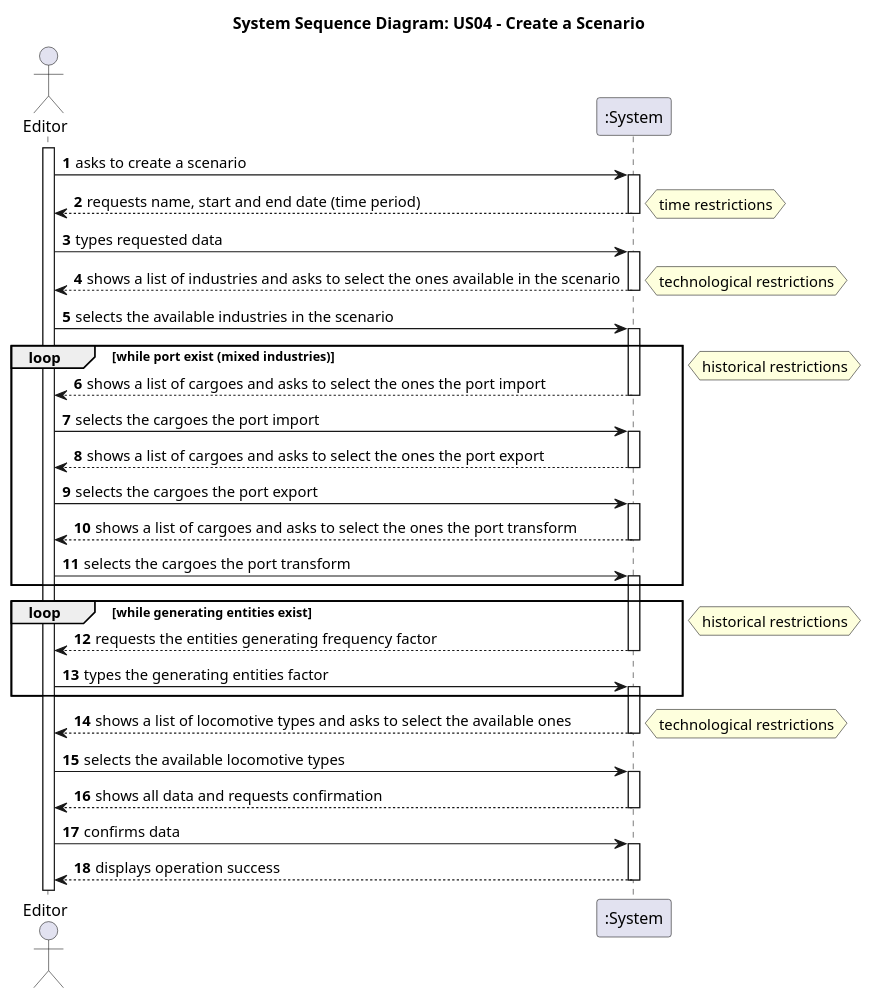
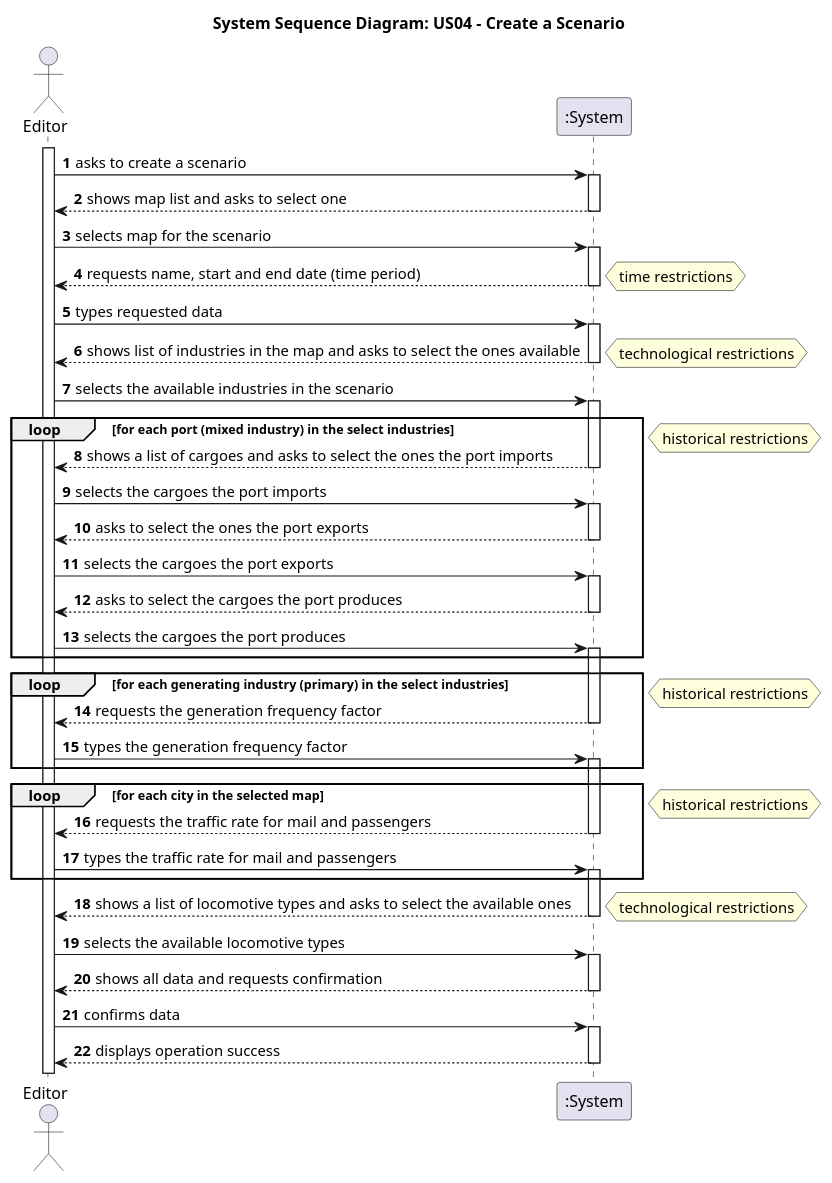
One commit to HenriqueSilva18/Railway-Network-Simulator changed the diagram in docs/system-documentation/Sprint 2/US04/01.requirements-engineering/puml/US04-SSD.puml. Above: the diagram before and after it, drawn with PlantUML. The commit also changed 4 other files, not shown here.

```diff
--- a/docs/system-documentation/Sprint 2/US04/01.requirements-engineering/puml/US04-SSD.puml
+++ b/docs/system-documentation/Sprint 2/US04/01.requirements-engineering/puml/US04-SSD.puml
@@ -1,93 +1,109 @@
 @startuml
 skinparam packageStyle rectangle
 skinparam shadowing false
 
 autonumber
 
 title System Sequence Diagram: US04 - Create a Scenario
 
 actor "Editor" as Editor
 participant ":System" as System
 
 activate Editor
 
     Editor -> System : asks to create a scenario
     activate System
 
+        System --> Editor : shows map list and asks to select one
+    deactivate System
+
+    Editor -> System : selects map for the scenario
+    activate System
+
         System --> Editor : requests name, start and end date (time period)
     deactivate System
 
         hnote right
             time restrictions
         end note
 
     Editor -> System : types requested data
     activate System
 
-        System --> Editor : shows a list of industries and asks to select the ones available in the scenario
+        System --> Editor : shows list of industries in the map and asks to select the ones available
     deactivate System
 
             hnote right
                 technological restrictions
             end note
 
     Editor -> System : selects the available industries in the scenario
     activate System
 
-
-    loop while port exist (mixed industries)
-            System --> Editor : shows a list of cargoes and asks to select the ones the port import
+    loop for each port (mixed industry) in the select industries
+            System --> Editor : shows a list of cargoes and asks to select the ones the port imports
         deactivate System
 
-        Editor -> System : selects the cargoes the port import
+        Editor -> System : selects the cargoes the port imports
         activate System
 
-            System --> Editor : shows a list of cargoes and asks to select the ones the port export
+            System --> Editor : asks to select the ones the port exports
         deactivate System
 
-            Editor -> System : selects the cargoes the port export
-            activate System
+        Editor -> System : selects the cargoes the port exports
+        activate System
 
-            System --> Editor : shows a list of cargoes and asks to select the ones the port transform
+            System --> Editor : asks to select the cargoes the port produces
         deactivate System
 
-            Editor -> System : selects the cargoes the port transform
+            Editor -> System : selects the cargoes the port produces
             activate System
     end
 
     hnote right
         historical restrictions
     end note
 
-    loop while generating entities exist
-            System --> Editor : requests the entities generating frequency factor
+    loop for each generating industry (primary) in the select industries
+
+            System --> Editor : requests the generation frequency factor
         deactivate System
 
-        Editor -> System : types the generating entities factor
+        Editor -> System : types the generation frequency factor
         activate System
     end
+    hnote right
+        historical restrictions
+    end note
 
+    loop for each city in the selected map
+            System --> Editor : requests the traffic rate for mail and passengers
+        deactivate System
+
+        Editor -> System : types the traffic rate for mail and passengers
+        activate System
+    end
     hnote right
         historical restrictions
     end note
 
             System --> Editor : shows a list of locomotive types and asks to select the available ones
         deactivate System
 
             hnote right
                 technological restrictions
             end note
 
         Editor -> System : selects the available locomotive types
         activate System
 
         System --> Editor : shows all data and requests confirmation
     deactivate System
 
     Editor -> System : confirms data
     activate System
 
         System --> Editor : displays operation success
     deactivate System
 
 @enduml
```
